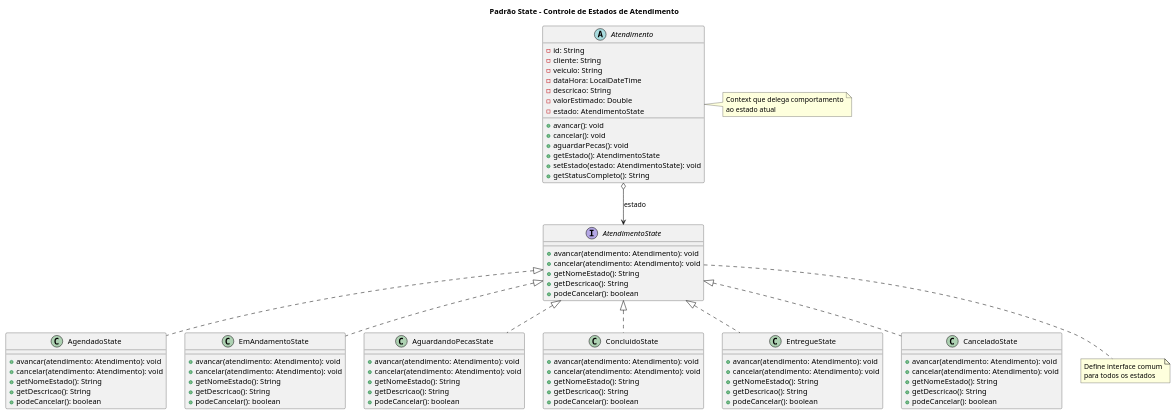
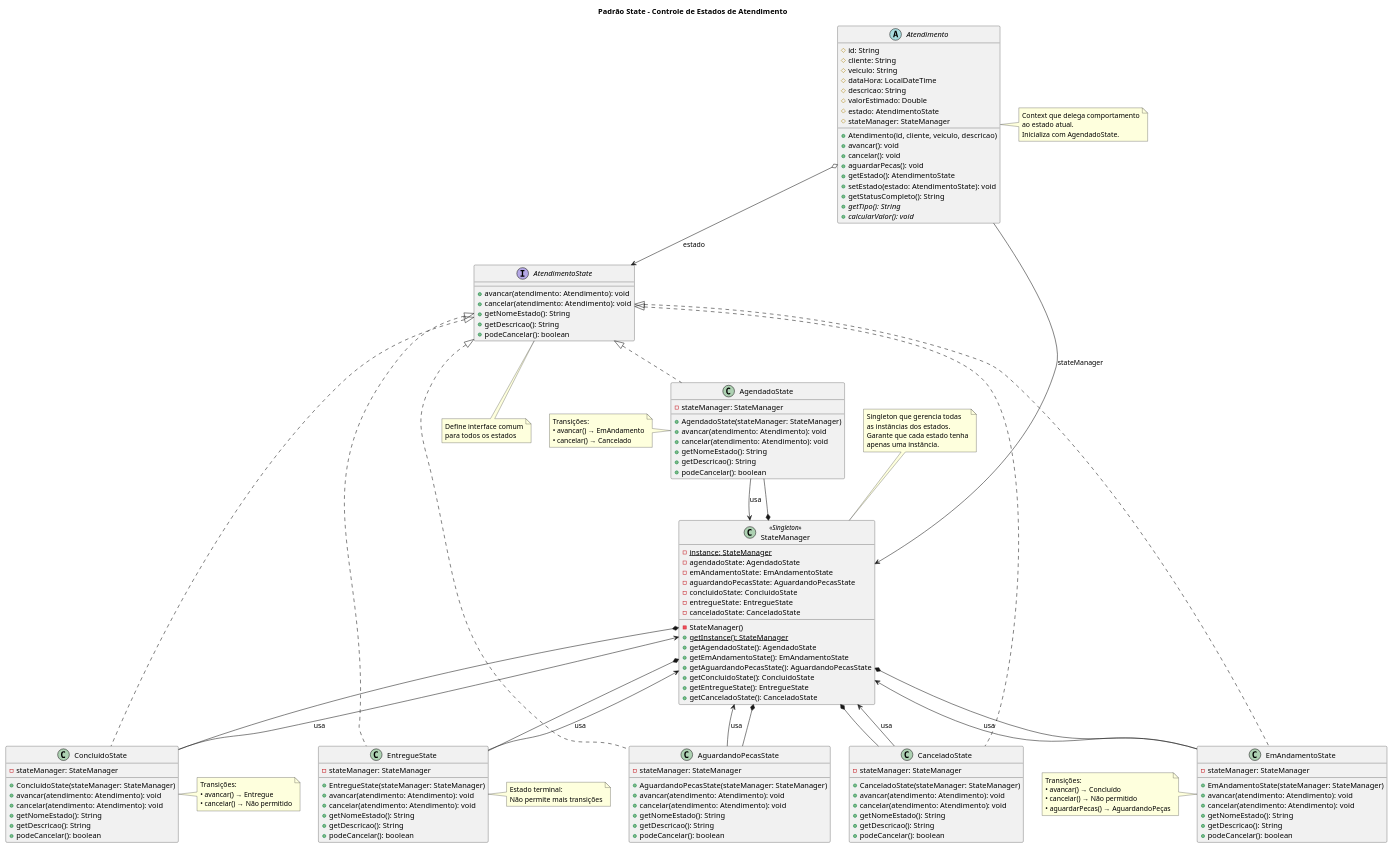
Before and after one commit to priorihugo/AAEG2025: the diagram in diagrams/state-diagram.puml, drawn with PlantUML.

Commit message:
Atualiza diagrama de classes do padrão State
Adiciona StateManager (Singleton) ao diagrama e enriquece
com relações de composição, atributos dos estados, métodos
abstratos e notas explicativas sobre transições de estado.

🤖 Generated with [Claude Code](https://claude.com/claude-code)

```diff
--- a/diagrams/state-diagram.puml
+++ b/diagrams/state-diagram.puml
@@ -1,97 +1,189 @@
 @startuml state-pattern
 
 title Padrão State - Controle de Estados de Atendimento
 
 interface AtendimentoState {
     +avancar(atendimento: Atendimento): void
     +cancelar(atendimento: Atendimento): void
     +getNomeEstado(): String
     +getDescricao(): String
     +podeCancelar(): boolean
 }
 
+class StateManager <<Singleton>> {
+    -{static} instance: StateManager
+    -agendadoState: AgendadoState
+    -emAndamentoState: EmAndamentoState
+    -aguardandoPecasState: AguardandoPecasState
+    -concluidoState: ConcluidoState
+    -entregueState: EntregueState
+    -canceladoState: CanceladoState
+
+    -StateManager()
+    +{static} getInstance(): StateManager
+    +getAgendadoState(): AgendadoState
+    +getEmAndamentoState(): EmAndamentoState
+    +getAguardandoPecasState(): AguardandoPecasState
+    +getConcluidoState(): ConcluidoState
+    +getEntregueState(): EntregueState
+    +getCanceladoState(): CanceladoState
+}
+
 class AgendadoState {
+    -stateManager: StateManager
+
+    +AgendadoState(stateManager: StateManager)
     +avancar(atendimento: Atendimento): void
     +cancelar(atendimento: Atendimento): void
     +getNomeEstado(): String
     +getDescricao(): String
     +podeCancelar(): boolean
 }
 
 class EmAndamentoState {
+    -stateManager: StateManager
+
+    +EmAndamentoState(stateManager: StateManager)
     +avancar(atendimento: Atendimento): void
     +cancelar(atendimento: Atendimento): void
     +getNomeEstado(): String
     +getDescricao(): String
     +podeCancelar(): boolean
 }
 
 class AguardandoPecasState {
+    -stateManager: StateManager
+
+    +AguardandoPecasState(stateManager: StateManager)
     +avancar(atendimento: Atendimento): void
     +cancelar(atendimento: Atendimento): void
     +getNomeEstado(): String
     +getDescricao(): String
     +podeCancelar(): boolean
 }
 
 class ConcluidoState {
+    -stateManager: StateManager
+
+    +ConcluidoState(stateManager: StateManager)
     +avancar(atendimento: Atendimento): void
     +cancelar(atendimento: Atendimento): void
     +getNomeEstado(): String
     +getDescricao(): String
     +podeCancelar(): boolean
 }
 
 class EntregueState {
+    -stateManager: StateManager
+
+    +EntregueState(stateManager: StateManager)
     +avancar(atendimento: Atendimento): void
     +cancelar(atendimento: Atendimento): void
     +getNomeEstado(): String
     +getDescricao(): String
     +podeCancelar(): boolean
 }
 
 class CanceladoState {
+    -stateManager: StateManager
+
+    +CanceladoState(stateManager: StateManager)
     +avancar(atendimento: Atendimento): void
     +cancelar(atendimento: Atendimento): void
     +getNomeEstado(): String
     +getDescricao(): String
     +podeCancelar(): boolean
 }
 
 abstract class Atendimento {
-    -id: String
-    -cliente: String
-    -veiculo: String
-    -dataHora: LocalDateTime
-    -descricao: String
-    -valorEstimado: Double
-    -estado: AtendimentoState
+    #id: String
+    #cliente: String
+    #veiculo: String
+    #dataHora: LocalDateTime
+    #descricao: String
+    #valorEstimado: Double
+    #estado: AtendimentoState
+    #stateManager: StateManager
 
+    +Atendimento(id, cliente, veiculo, descricao)
     +avancar(): void
     +cancelar(): void
     +aguardarPecas(): void
     +getEstado(): AtendimentoState
     +setEstado(estado: AtendimentoState): void
     +getStatusCompleto(): String
+    +{abstract} getTipo(): String
+    +{abstract} calcularValor(): void
 }
 
+' Implementações
 AtendimentoState <|.. AgendadoState
 AtendimentoState <|.. EmAndamentoState
 AtendimentoState <|.. AguardandoPecasState
 AtendimentoState <|.. ConcluidoState
 AtendimentoState <|.. EntregueState
 AtendimentoState <|.. CanceladoState
 
+' Associações
 Atendimento o--> AtendimentoState : estado
+Atendimento --> StateManager : stateManager
+
+' StateManager cria e gerencia estados
+StateManager *-- AgendadoState
+StateManager *-- EmAndamentoState
+StateManager *-- AguardandoPecasState
+StateManager *-- ConcluidoState
+StateManager *-- EntregueState
+StateManager *-- CanceladoState
+
+' Estados usam StateManager para transições
+AgendadoState --> StateManager : usa
+EmAndamentoState --> StateManager : usa
+AguardandoPecasState --> StateManager : usa
+ConcluidoState --> StateManager : usa
+EntregueState --> StateManager : usa
+CanceladoState --> StateManager : usa
 
 note right of Atendimento
   Context que delega comportamento
-  ao estado atual
+  ao estado atual.
+  Inicializa com AgendadoState.
 end note
 
 note bottom of AtendimentoState
   Define interface comum
   para todos os estados
 end note
 
+note top of StateManager
+  Singleton que gerencia todas
+  as instâncias dos estados.
+  Garante que cada estado tenha
+  apenas uma instância.
+end note
+
+note left of AgendadoState
+  Transições:
+  • avancar() → EmAndamento
+  • cancelar() → Cancelado
+end note
+
+note left of EmAndamentoState
+  Transições:
+  • avancar() → Concluído
+  • cancelar() → Não permitido
+  • aguardarPecas() → AguardandoPeças
+end note
+
+note right of ConcluidoState
+  Transições:
+  • avancar() → Entregue
+  • cancelar() → Não permitido
+end note
+
+note right of EntregueState
+  Estado terminal:
+  Não permite mais transições
+end note
+
 @enduml
```
